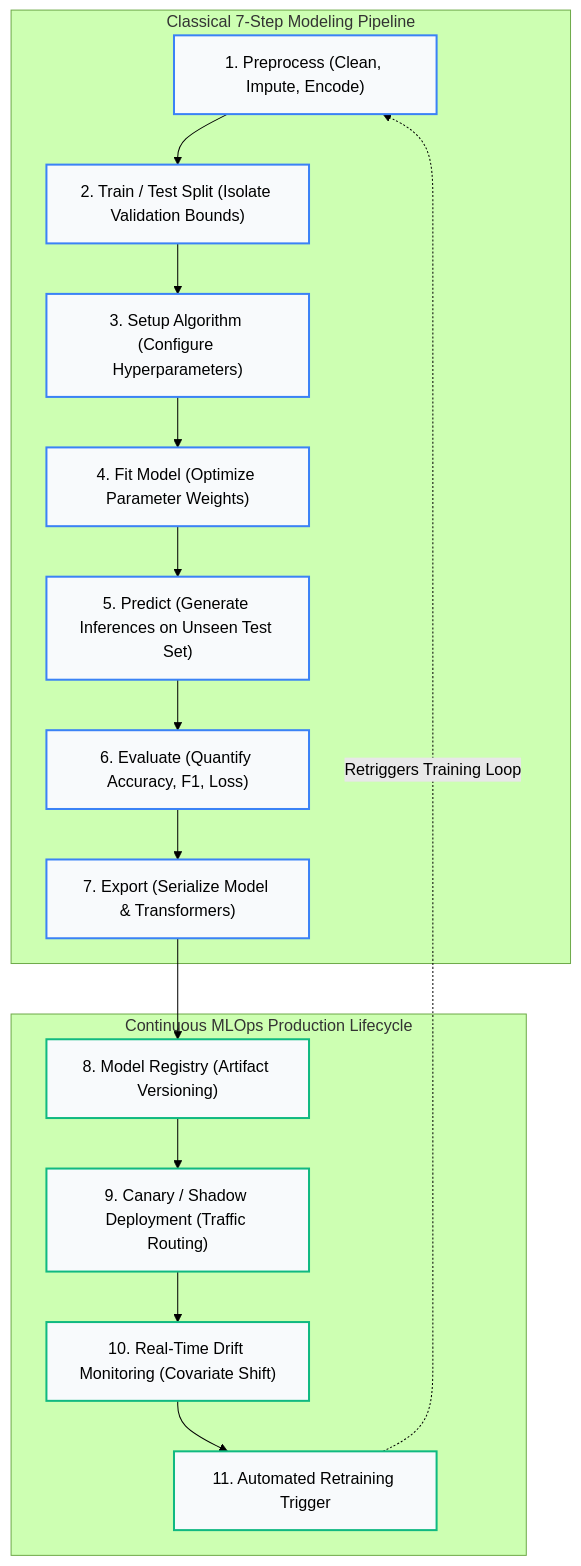
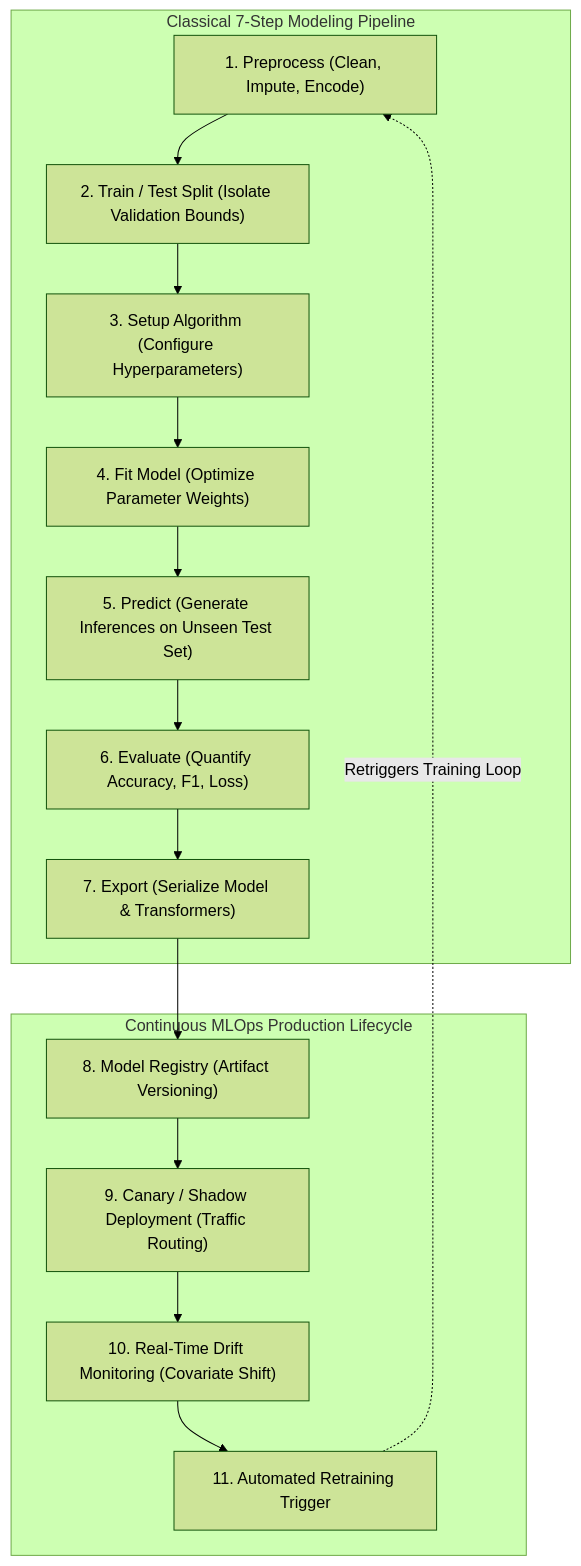
Before and after one commit to vettrivel-kl/vettrivel-kl.github.io: the second of 2 diagrams in docs/Machine-Learning-Algorithms/01-foundations/05-toolkit-and-pipeline.mdx, drawn with Mermaid (forest theme). The commit also changed other lines of this file and 51 other files, not shown here.

````diff
--- a/docs/Machine-Learning-Algorithms/01-foundations/05-toolkit-and-pipeline.mdx
+++ b/docs/Machine-Learning-Algorithms/01-foundations/05-toolkit-and-pipeline.mdx
@@ -289,30 +281,24 @@
 ```mermaid
 flowchart TD
-    classDef dev fill:#f8fafc,stroke:#3b82f6,stroke-width:2px;
-    classDef ops fill:#f8fafc,stroke:#10b981,stroke-width:2px;
-
     subgraph DevPipeline ["Classical 7-Step Modeling Pipeline"]
         S1["1. Preprocess (Clean, Impute, Encode)"]
         S2["2. Train / Test Split (Isolate Validation Bounds)"]
         S3["3. Setup Algorithm (Configure Hyperparameters)"]
         S4["4. Fit Model (Optimize Parameter Weights)"]
         S5["5. Predict (Generate Inferences on Unseen Test Set)"]
         S6["6. Evaluate (Quantify Accuracy, F1, Loss)"]
         S7["7. Export (Serialize Model & Transformers)"]
 
         S1 --> S2 --> S3 --> S4 --> S5 --> S6 --> S7
     end
 
     subgraph OpsPipeline ["Continuous MLOps Production Lifecycle"]
         M8["8. Model Registry (Artifact Versioning)"]
         M9["9. Canary / Shadow Deployment (Traffic Routing)"]
         M10["10. Real-Time Drift Monitoring (Covariate Shift)"]
         M11["11. Automated Retraining Trigger"]
 
         S7 --> M8 --> M9 --> M10 --> M11
         M11 -. "Retriggers Training Loop" .-> S1
     end
-
-    class S1,S2,S3,S4,S5,S6,S7 dev;
-    class M8,M9,M10,M11 ops;
 ```
````
